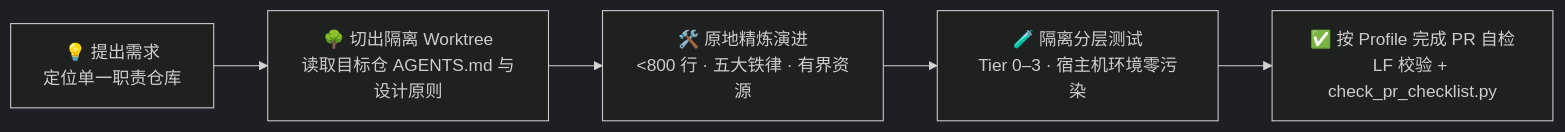
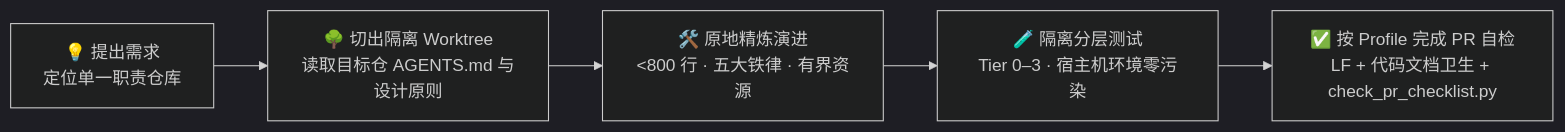
The diagram in CONTRIBUTING.md (mindie-agent/mindie-agent), drawn with Mermaid (dark theme) before and after one commit. The commit also changed other lines of this file and 18 other files, not shown here.

````diff
--- a/CONTRIBUTING.md
+++ b/CONTRIBUTING.md
@@ -87,7 +87,7 @@
 ```mermaid
 flowchart LR
   A["💡 提出需求<br/>定位单一职责仓库"] --> B["🌳 切出隔离 Worktree<br/>读取目标仓 AGENTS.md 与设计原则"]
   B --> C["🛠️ 原地精炼演进<br/>&lt;800 行 · 五大铁律 · 有界资源"]
   C --> D["🧪 隔离分层测试<br/>Tier 0–3 · 宿主机环境零污染"]
-  D --> E["✅ 按 Profile 完成 PR 自检<br/>LF 校验 + check_pr_checklist.py"]
+  D --> E["✅ 按 Profile 完成 PR 自检<br/>LF + 代码文档卫生 + check_pr_checklist.py"]
 ```
````
